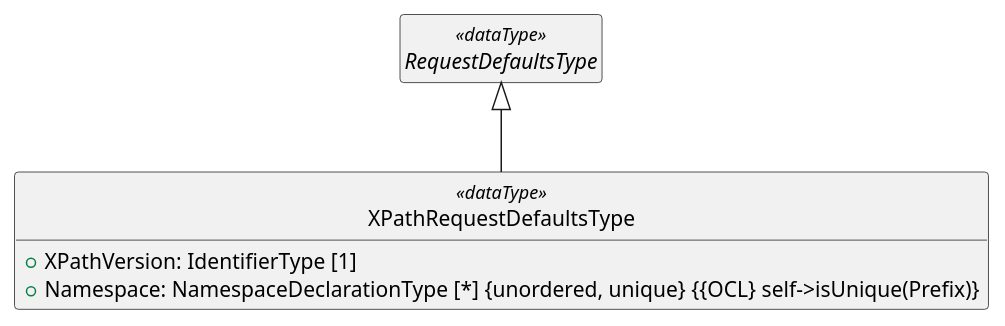
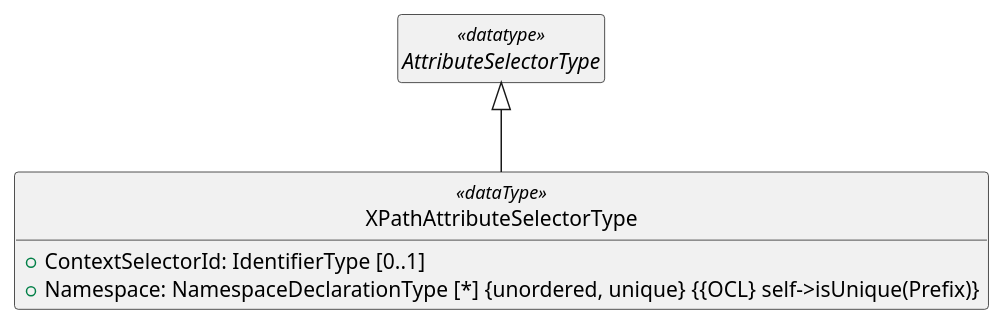
Before and after one commit to oasis-tcs/xacml-spec: the third of 5 diagrams in acal-xpath-v1.0.md, drawn with PlantUML. The commit also changed other lines of this file and 21 other files, not shown here.

````diff
--- a/acal-xpath-v1.0.md
+++ b/acal-xpath-v1.0.md
@@ -484,11 +485,11 @@
 ```plantuml
 @startuml
 hide empty members 
 hide circle
-abstract class RequestDefaultsType <<dataType>>
-class XPathRequestDefaultsType <<dataType>> extends RequestDefaultsType {
-  {field} + XPathVersion: IdentifierType [1]
+abstract class AttributeSelectorType <<datatype>>
+class XPathAttributeSelectorType <<dataType>> extends AttributeSelectorType {
+  + ContextSelectorId: IdentifierType [0..1]
   {field} + Namespace: NamespaceDeclarationType [*] {unordered, unique} {{OCL} self->isUnique(Prefix)}
 }
 @enduml
 ```
````
